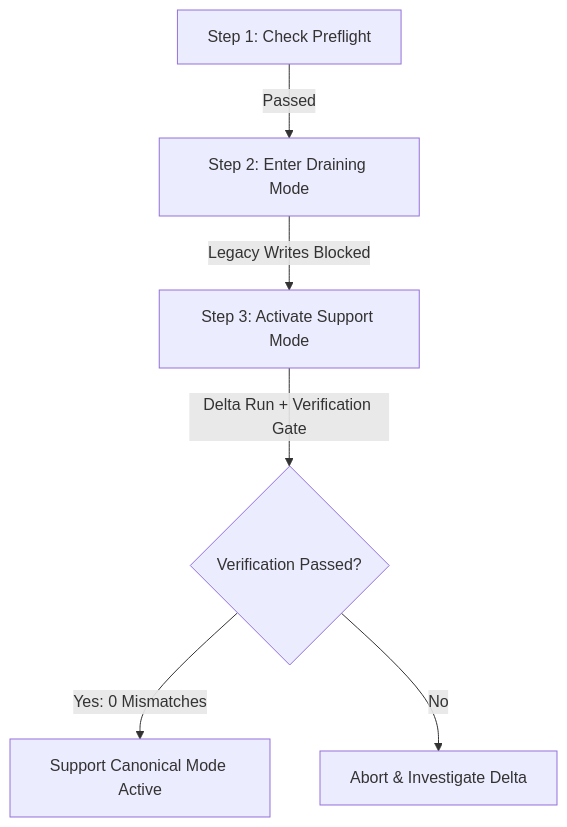
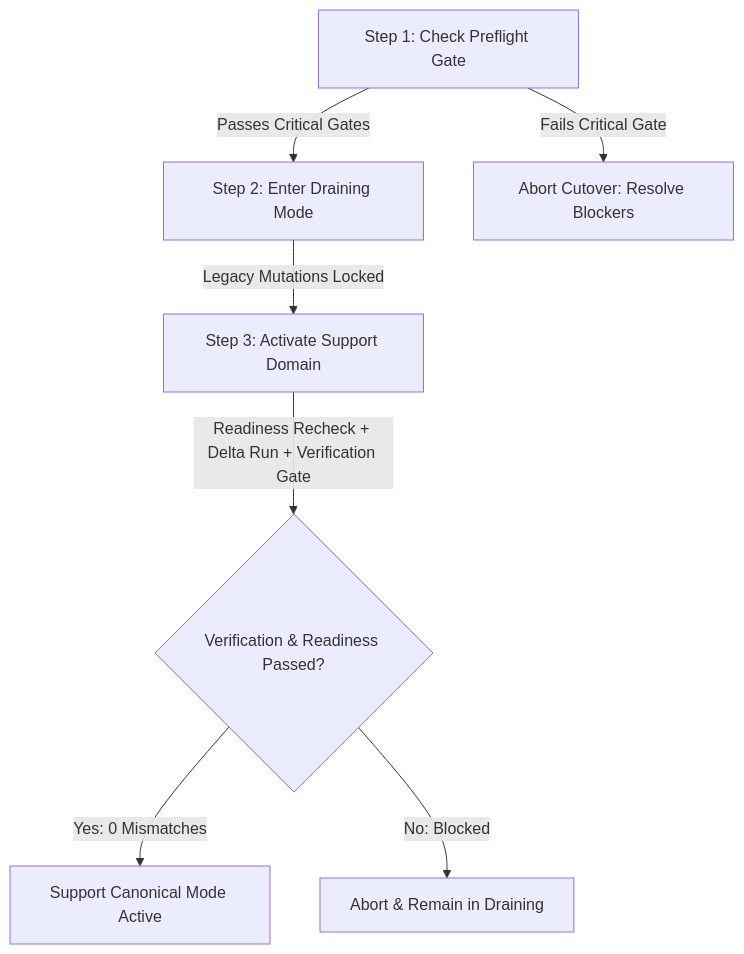
One commit to josephtersoo2-stack/6ixculture-app changed the diagram in docs/AI-SUPPORT-PHASE-10-CUTOVER-RUNBOOK.md. Above: the diagram before and after it, drawn with Mermaid. The commit also changed other lines of this file and 6 other files, not shown here.

Commit message:
fix(support): harden phase 10 cutover safety gates

````diff
--- a/docs/AI-SUPPORT-PHASE-10-CUTOVER-RUNBOOK.md
+++ b/docs/AI-SUPPORT-PHASE-10-CUTOVER-RUNBOOK.md
@@ -56,8 +67,9 @@
 ```mermaid
 graph TD
-    A[Step 1: Check Preflight] -->|Passed| B[Step 2: Enter Draining Mode]
-    B -->|Legacy Writes Blocked| C[Step 3: Activate Support Mode]
-    C -->|Delta Run + Verification Gate| D{Verification Passed?}
+    A[Step 1: Check Preflight Gate] -->|Passes Critical Gates| B[Step 2: Enter Draining Mode]
+    A -->|Fails Critical Gate| A1[Abort Cutover: Resolve Blockers]
+    B -->|Legacy Mutations Locked| C[Step 3: Activate Support Domain]
+    C -->|Readiness Recheck + Delta Run + Verification Gate| D{Verification & Readiness Passed?}
     D -->|Yes: 0 Mismatches| E[Support Canonical Mode Active]
-    D -->|No| F[Abort & Investigate Delta]
+    D -->|No: Blocked| F[Abort & Remain in Draining]
 ```
````
